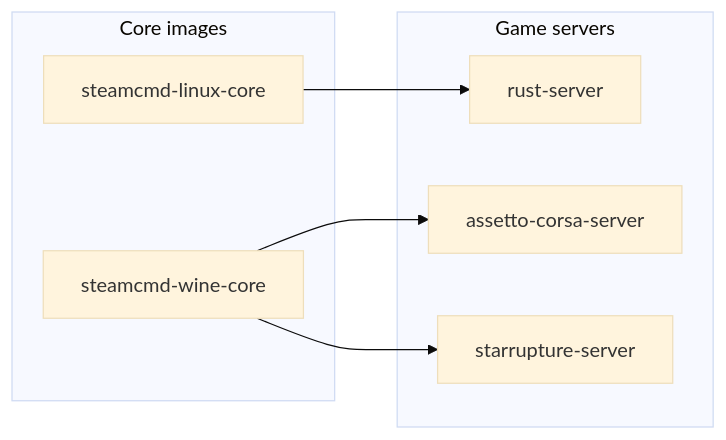
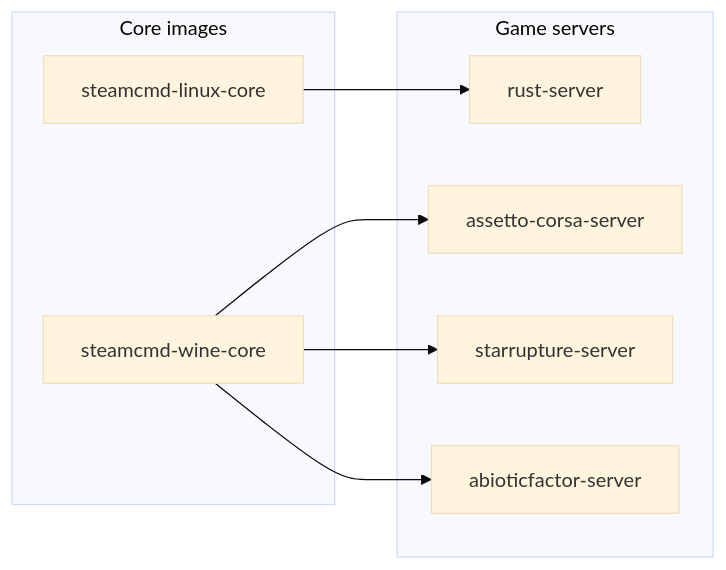
One commit to Monolithoid/steamcmd-servers changed the diagram in README.md. Above: the diagram before and after it, drawn with Mermaid (base theme). The commit also changed other lines of this file and 4 other files, not shown here.

````diff
--- a/README.md
+++ b/README.md
@@ -20,17 +21,19 @@
 ```mermaid
 flowchart LR
     subgraph Core images
         linux_core[steamcmd-linux-core]
         wine_core[steamcmd-wine-core]
     end
 
     subgraph Game servers
         rust[rust-server]
         assetto[assetto-corsa-server]
         starrupture[starrupture-server]
+        abioticfactor[abioticfactor-server]
     end
 
     linux_core --> rust
     wine_core --> assetto
     wine_core --> starrupture
+    wine_core --> abioticfactor
 ```
````
